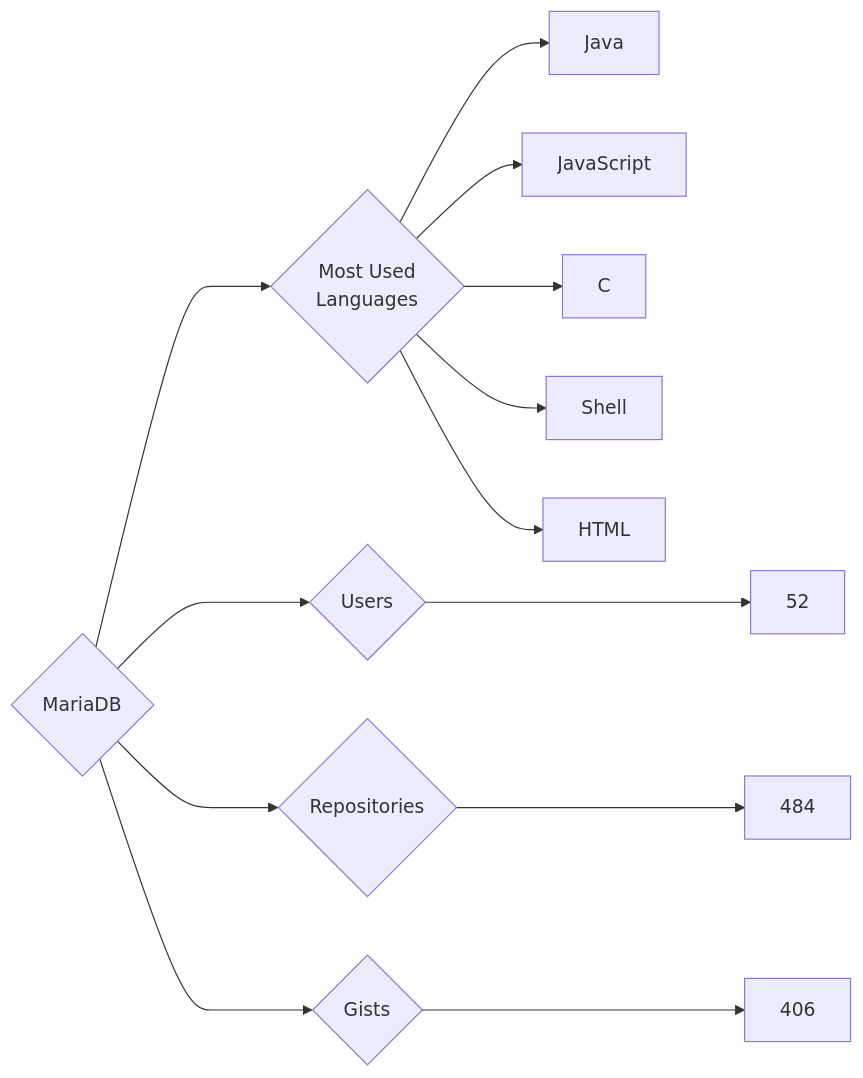
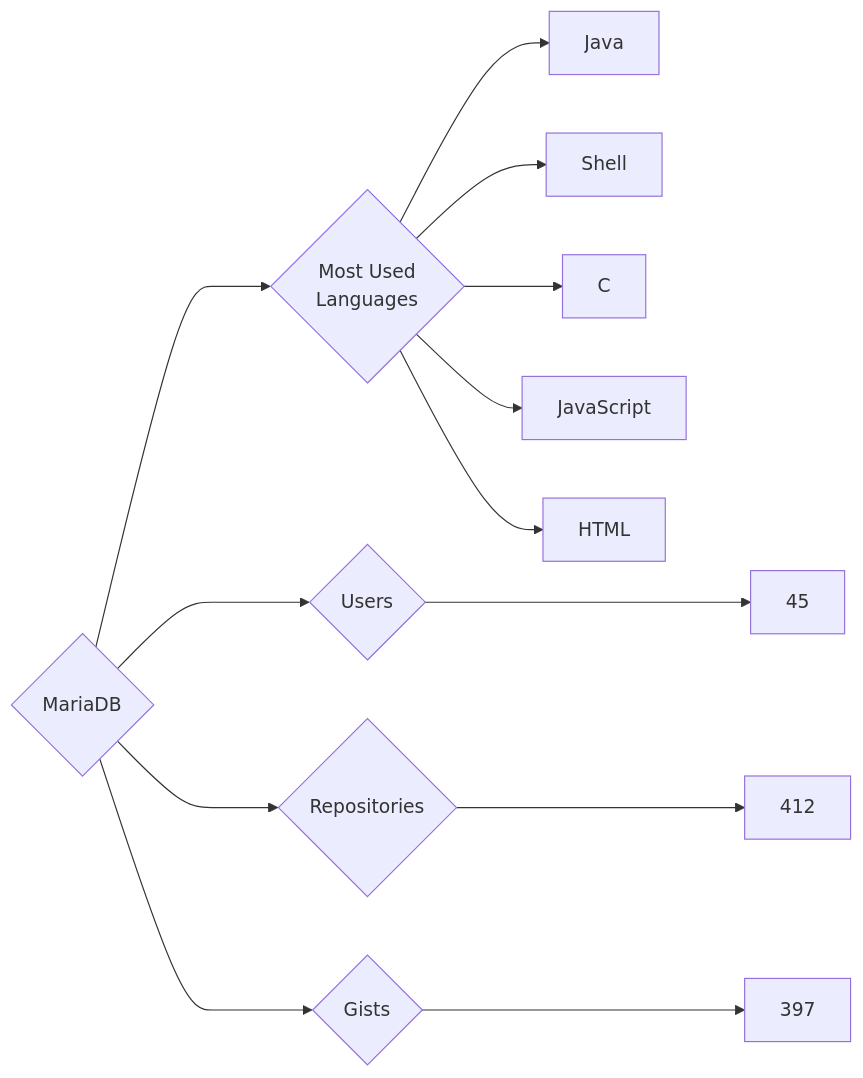
One commit to trickest/insiders changed the diagram in targets/MariaDB/README.md. Above: the diagram before and after it, drawn with Mermaid. The commit also changed 898 other files, not shown here.

````diff
--- a/targets/MariaDB/README.md
+++ b/targets/MariaDB/README.md
@@ -3,13 +3,13 @@
 ```mermaid
 graph LR
 COMPANY_NAME{MariaDB}
-COMPANY_NAME ---> U{Users} ---> UN[52]
-COMPANY_NAME ---> R{Repositories} ---> RN[484]
-COMPANY_NAME ---> G{Gists} ---> GN[406]
+COMPANY_NAME ---> U{Users} ---> UN[45]
+COMPANY_NAME ---> R{Repositories} ---> RN[412]
+COMPANY_NAME ---> G{Gists} ---> GN[397]
 COMPANY_NAME ---> ML{Most Used<br>Languages}
 ML --> Java[Java]
+ML --> Shell[Shell]
+ML --> C[C]
 ML --> JavaScript[JavaScript]
-ML --> C[C]
-ML --> Shell[Shell]
 ML --> HTML[HTML]
 ```
````
